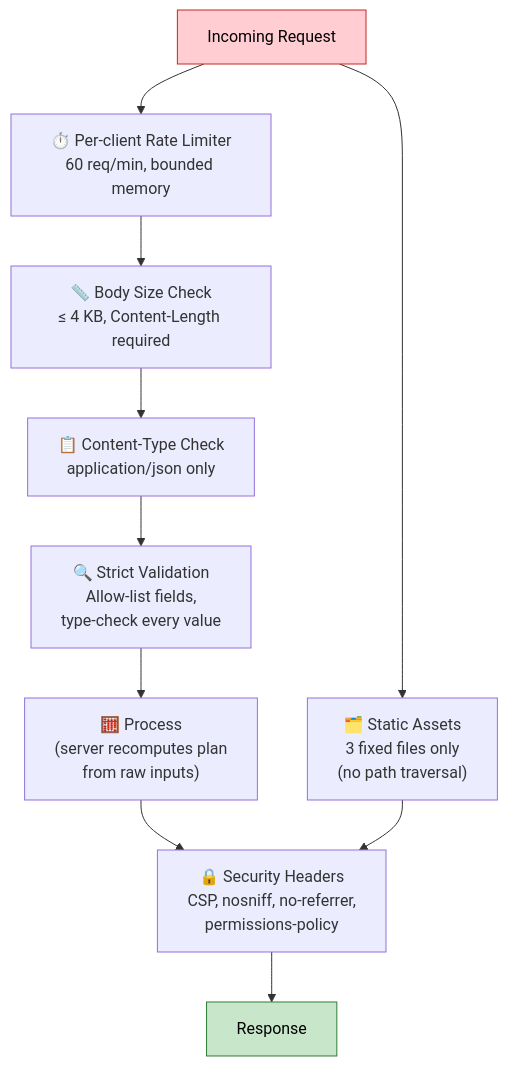
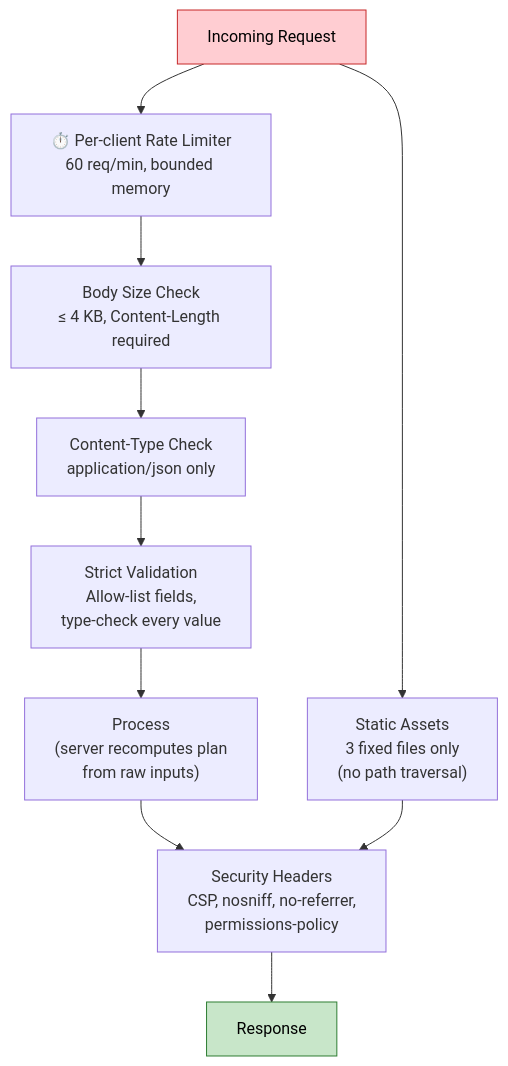
One commit to kanojiaatharva/urban-air-assistant changed the eighth of 11 diagrams in README.md. Above: the diagram before and after it, drawn with Mermaid. The commit also changed other lines of this file and 2 other files, not shown here.

````diff
--- a/README.md
+++ b/README.md
@@ -412,16 +412,16 @@
 ```mermaid
 flowchart TD
     REQ["Incoming Request"] --> RL["⏱️ Per-client Rate Limiter\n60 req/min, bounded memory"]
-    RL --> SZ["📏 Body Size Check\n≤ 4 KB, Content-Length required"]
-    SZ --> CT["📋 Content-Type Check\napplication/json only"]
-    CT --> VL["🔍 Strict Validation\nAllow-list fields,\ntype-check every value"]
-    VL --> PR["🧮 Process\n(server recomputes plan\nfrom raw inputs)"]
-    PR --> HD["🔒 Security Headers\nCSP, nosniff, no-referrer,\npermissions-policy"]
+    RL --> SZ[" Body Size Check\n≤ 4 KB, Content-Length required"]
+    SZ --> CT[" Content-Type Check\napplication/json only"]
+    CT --> VL[" Strict Validation\nAllow-list fields,\ntype-check every value"]
+    VL --> PR[" Process\n(server recomputes plan\nfrom raw inputs)"]
+    PR --> HD[" Security Headers\nCSP, nosniff, no-referrer,\npermissions-policy"]
     HD --> RES["Response"]
 
-    REQ --> SA["🗂️ Static Assets\n3 fixed files only\n(no path traversal)"]
+    REQ --> SA[" Static Assets\n3 fixed files only\n(no path traversal)"]
     SA --> HD
 
     style REQ fill:#ffcdd2,stroke:#c62828,color:#000
     style RES fill:#c8e6c9,stroke:#2e7d32,color:#000
 ```
````
